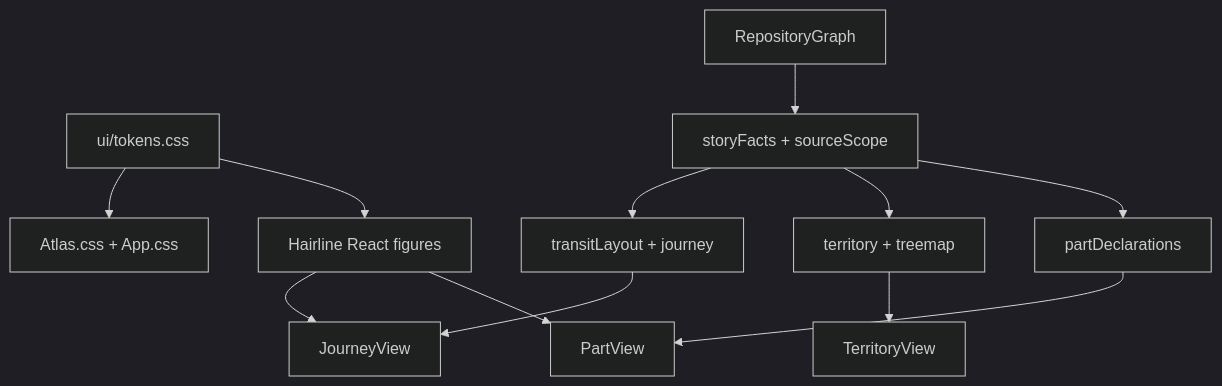
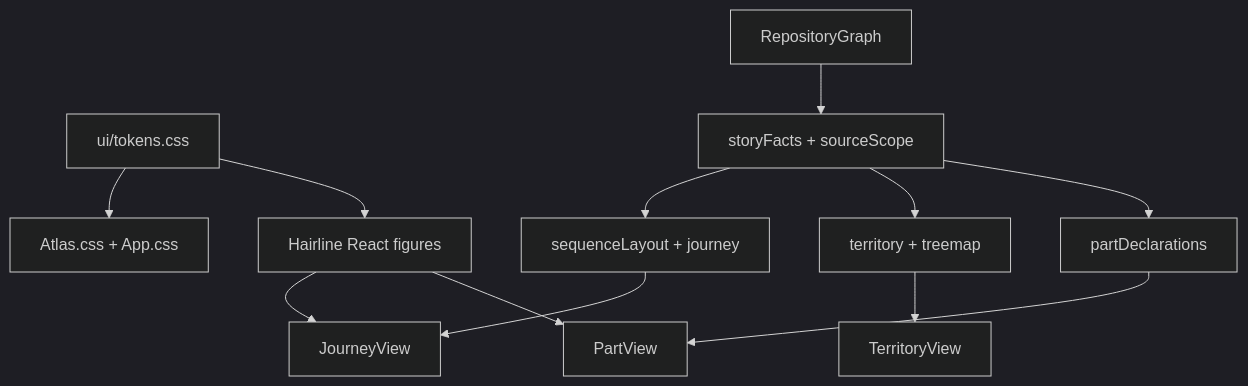
One commit to Volpestyle/codebase-atlas changed the second of 2 diagrams in README.md. Above: the diagram before and after it, drawn with Mermaid (dark theme). The commit also changed other lines of this file and 6 other files, not shown here.

Commit message:
feat: follow journeys in a sequence view

````diff
--- a/README.md
+++ b/README.md
@@ -54,14 +54,14 @@
 ```mermaid
 flowchart TD
   Tokens[ui/tokens.css] --> Shell[Atlas.css + App.css]
   Tokens --> Figures[Hairline React figures]
   Graph[RepositoryGraph] --> Facts[storyFacts + sourceScope]
-  Facts --> Transit[transitLayout + journey]
+  Facts --> Transit[sequenceLayout + journey]
   Facts --> Coverage[territory + treemap]
   Facts --> Declarations[partDeclarations]
   Transit --> Journey[JourneyView]
   Coverage --> Territory[TerritoryView]
   Declarations --> Part[PartView]
   Figures --> Journey
   Figures --> Part
 ```
````
